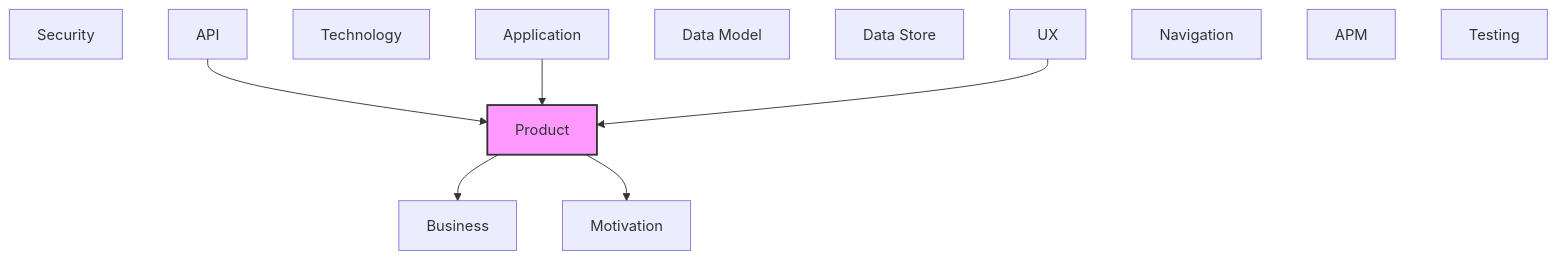
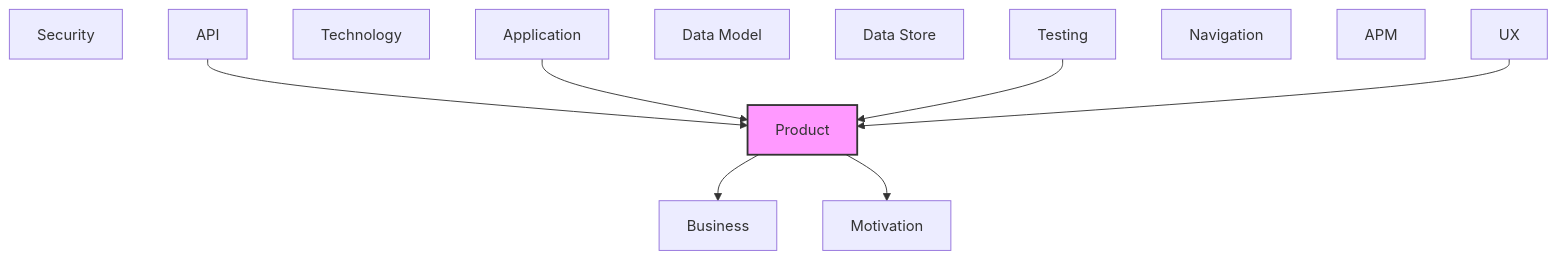
One commit to tinkermonkey/context-studio changed the diagram in documentation-robotics/reports/03-product-layer-report.md. Above: the diagram before and after it, drawn with Mermaid. The commit also changed other lines of this file and 38 other files, not shown here.

````diff
--- a/documentation-robotics/reports/03-product-layer-report.md
+++ b/documentation-robotics/reports/03-product-layer-report.md
@@ -107,23 +108,24 @@
 ```mermaid
 flowchart TB
   classDef current fill:#f9f,stroke:#333,stroke-width:2px
   motivation["Motivation"]
   business["Business"]
   product["Product"]
   security["Security"]
   application["Application"]
   technology["Technology"]
   api["API"]
   data_model["Data Model"]
   data_store["Data Store"]
   ux["UX"]
   navigation["Navigation"]
   apm["APM"]
   testing["Testing"]
   api --> product
   application --> product
   product --> business
   product --> motivation
+  testing --> product
   ux --> product
   class product current
 ```
````
